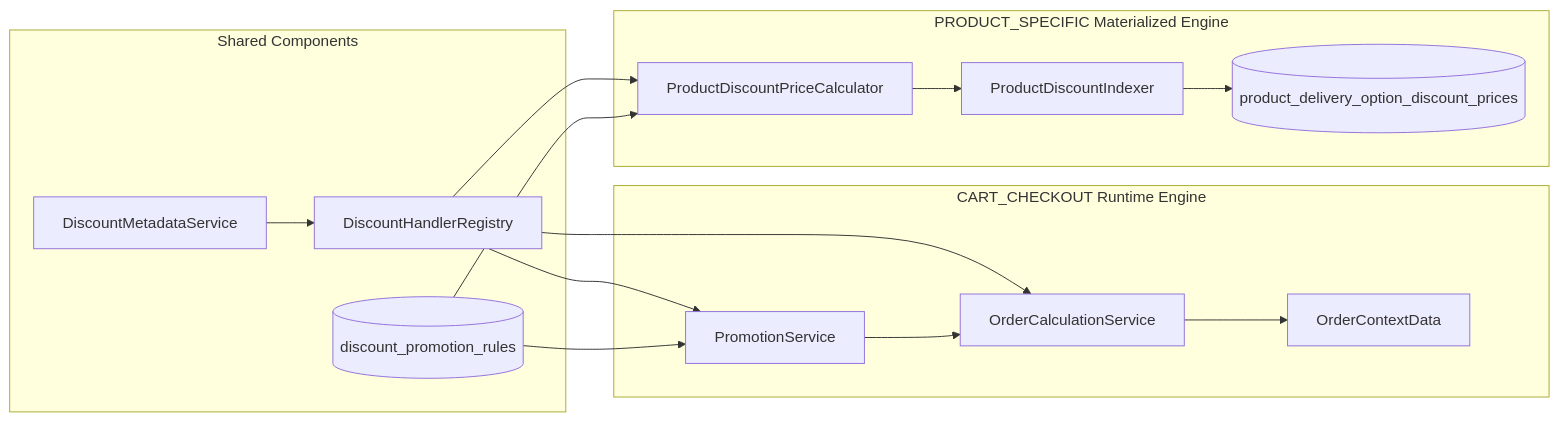
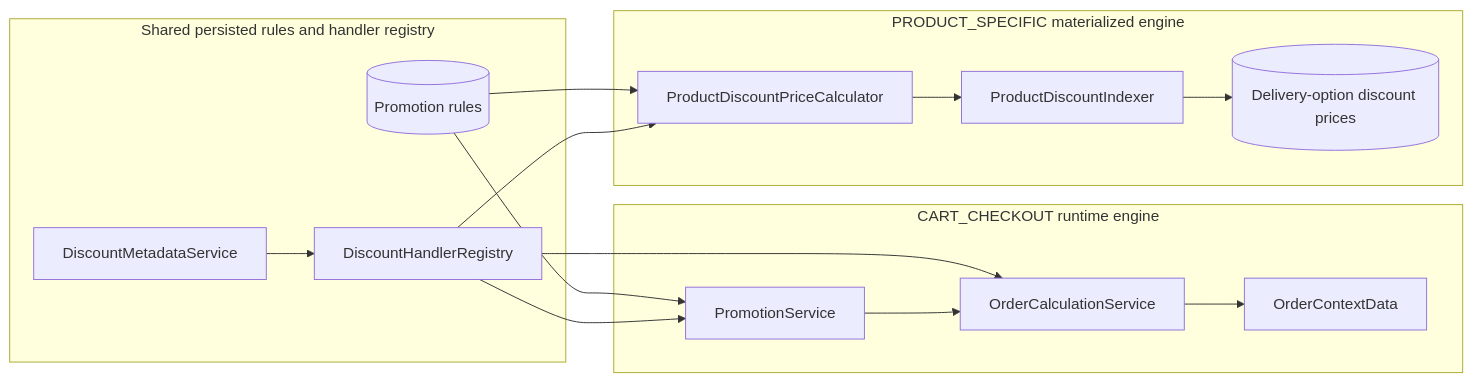
One commit to SaeidSharafi/JeduApi changed the first of 4 diagrams in docs/Architecture/Discount-Promotion-Engine.md. Above: the diagram before and after it, drawn with Mermaid. The commit also changed other lines of this file and 26 other files, not shown here.

First line of the commit message:
docs: consolidate architecture documentation

````diff
--- a/docs/Architecture/Discount-Promotion-Engine.md
+++ b/docs/Architecture/Discount-Promotion-Engine.md
@@ -53,30 +9,29 @@
 ```mermaid
 flowchart LR
-    subgraph Shared["Shared Components"]
+    subgraph Shared[Shared persisted rules and handler registry]
+        RULES[(Promotion rules)]
         HR[DiscountHandlerRegistry]
         META[DiscountMetadataService]
-        RULES[(discount_promotion_rules)]
     end
 
-    subgraph Cart["CART_CHECKOUT Runtime Engine"]
+    subgraph Cart[CART_CHECKOUT runtime engine]
         PS[PromotionService]
         OCS[OrderCalculationService]
-        OC[OrderContextData]
+        CTX[OrderContextData]
     end
 
-    subgraph Product["PRODUCT_SPECIFIC Materialized Engine"]
+    subgraph Product[PRODUCT_SPECIFIC materialized engine]
         CALC[ProductDiscountPriceCalculator]
         IDX[ProductDiscountIndexer]
-        IDXT[(product_delivery_option_discount_prices)]
+        PRICE[(Delivery-option discount prices)]
     end
 
+    RULES --> PS
+    RULES --> CALC
+    META --> HR
     HR --> PS
     HR --> OCS
     HR --> CALC
-    META --> HR
-    RULES --> PS
-    RULES --> CALC
-
-    PS --> OCS --> OC
-    CALC --> IDX --> IDXT
+    PS --> OCS --> CTX
+    CALC --> IDX --> PRICE
 ```
````
